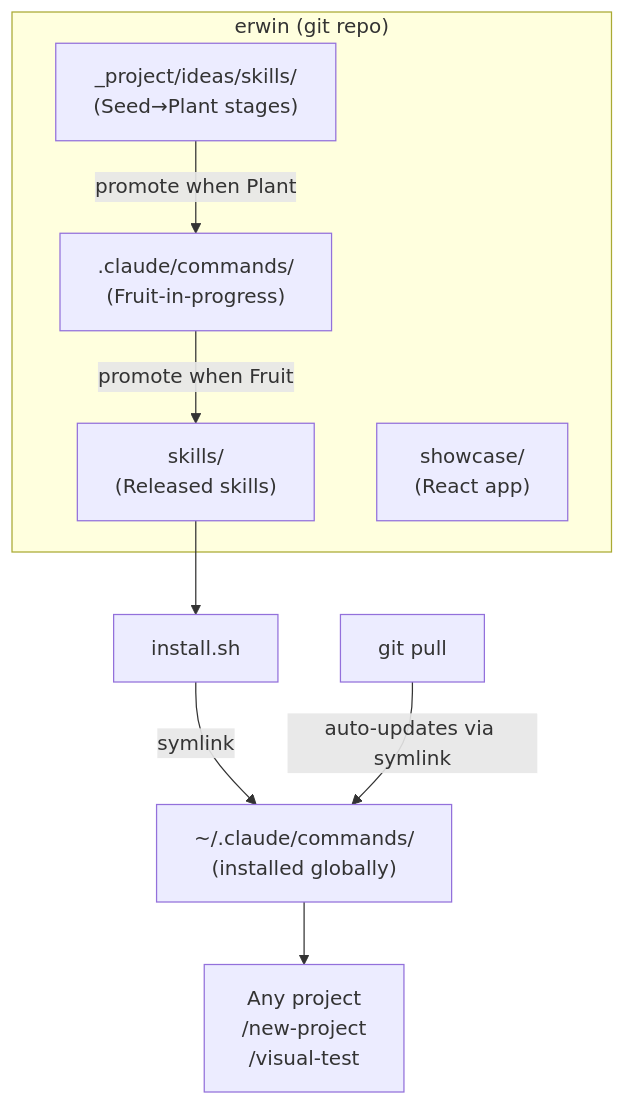
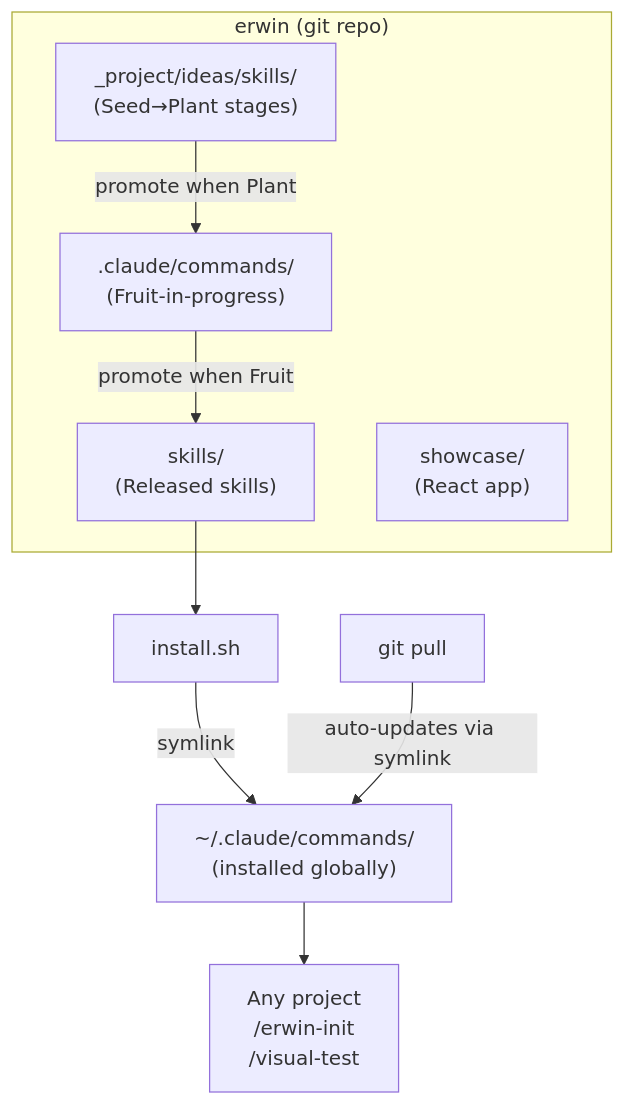
One commit to lysfighting/erwin changed the diagram in docs/erwin-skills-incubator-architecture.md. Above: the diagram before and after it, drawn with Mermaid. The commit also changed other lines of this file and 17 other files, not shown here.

First line of the commit message:
refactor(root): rename /new-project → /erwin-init + redesign skill

````diff
--- a/docs/erwin-skills-incubator-architecture.md
+++ b/docs/erwin-skills-incubator-architecture.md
@@ -261,23 +261,23 @@
 ```mermaid
 graph TB
     subgraph erwin["erwin (git repo)"]
         IDEAS["_project/ideas/skills/\n(Seed→Plant stages)"]
         INCUBATE[".claude/commands/\n(Fruit-in-progress)"]
         RELEASED["skills/\n(Released skills)"]
         SHOWCASE["showcase/\n(React app)"]
 
         IDEAS -->|"promote when Plant"| INCUBATE
         INCUBATE -->|"promote when Fruit"| RELEASED
     end
 
     INSTALL["install.sh"]
     GLOBAL["~/.claude/commands/\n(installed globally)"]
-    ANY["Any project\n/new-project\n/visual-test"]
+    ANY["Any project\n/erwin-init\n/visual-test"]
 
     RELEASED --> INSTALL
     INSTALL -->|"symlink"| GLOBAL
     GLOBAL --> ANY
 
     UPDATE["git pull"]
     UPDATE -->|"auto-updates via symlink"| GLOBAL
 ```
````
